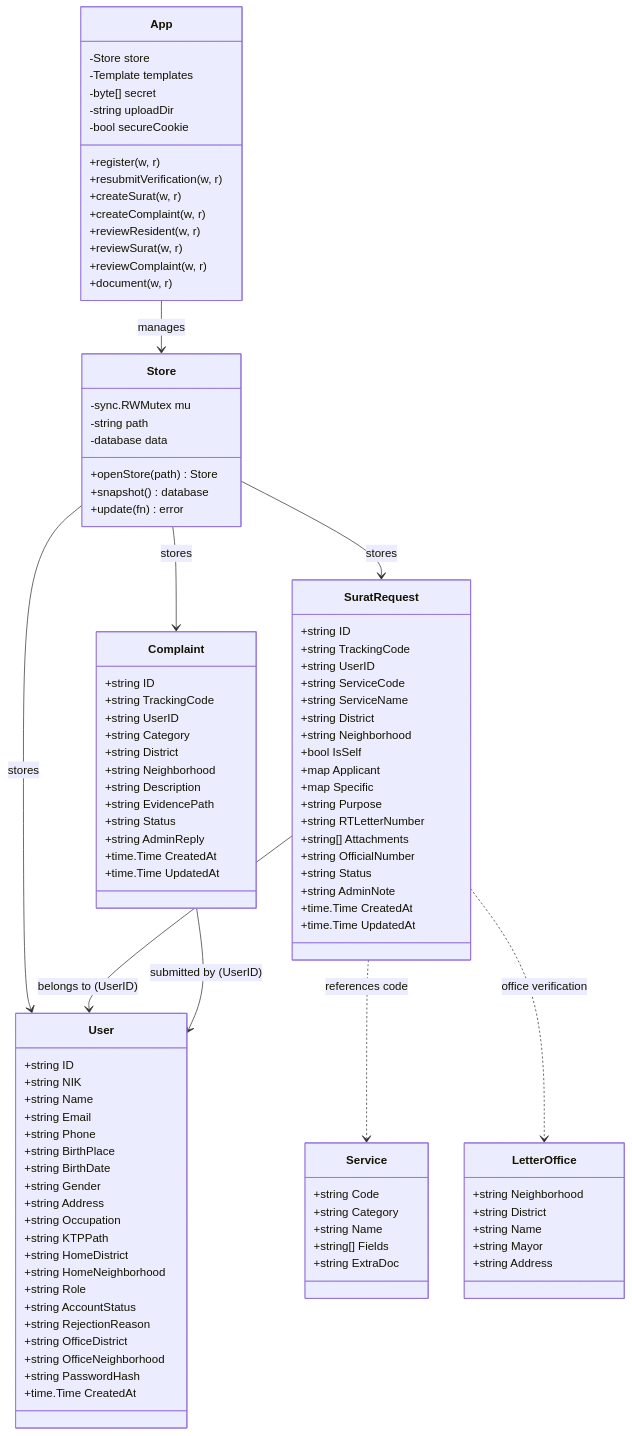
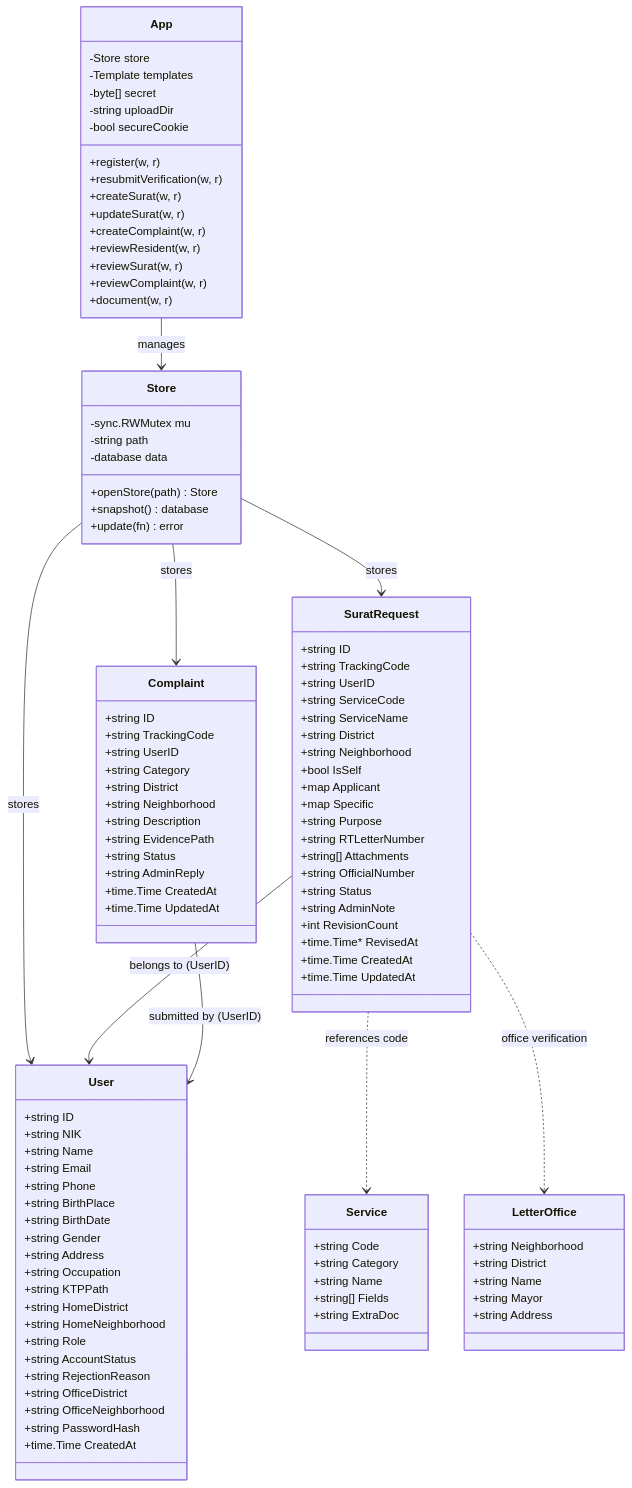
The second of 7 diagrams in README.md (mohakbarnusantara/SI-LAYANG), drawn with Mermaid before and after one commit. The commit also changed other lines of this file, not shown here.

```diff
--- a/README.md
+++ b/README.md
@@ -261,6 +285,8 @@
         +string OfficialNumber
         +string Status
         +string AdminNote
+        +int RevisionCount
+        +time.Time* RevisedAt
         +time.Time CreatedAt
         +time.Time UpdatedAt
     }
@@ -314,6 +340,7 @@
         +register(w, r)
         +resubmitVerification(w, r)
         +createSurat(w, r)
+        +updateSurat(w, r)
         +createComplaint(w, r)
         +reviewResident(w, r)
         +reviewSurat(w, r)
```
